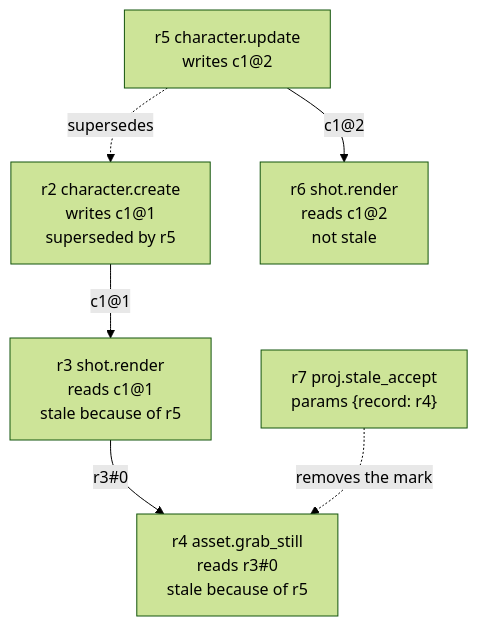
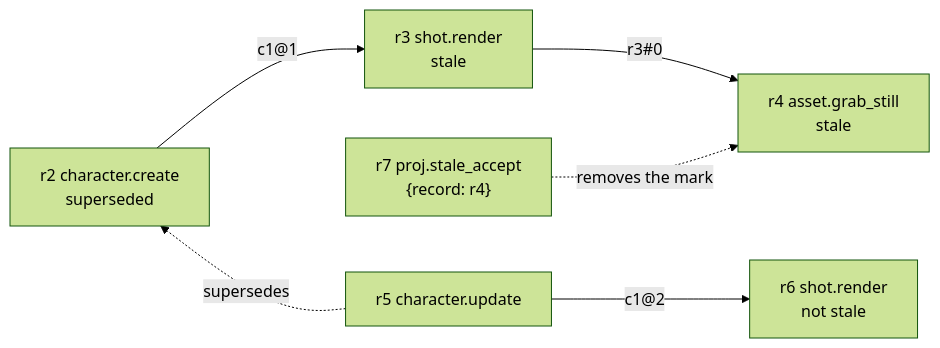
The third of 3 diagrams in docs/dreamverse/subsystems/project.md (fastvideo-project/dreamverse-harness), drawn with Mermaid (forest theme) before and after one commit. The commit also changed other lines of this file and 20 other files, not shown here.

````diff
--- a/docs/dreamverse/subsystems/project.md
+++ b/docs/dreamverse/subsystems/project.md
@@ -282,14 +275,15 @@
 ```mermaid
-flowchart TB
-    r2["r2 character.create<br/>writes c1@1<br/>superseded by r5"]
-    r3["r3 shot.render<br/>reads c1@1<br/>stale because of r5"]
-    r4["r4 asset.grab_still<br/>reads r3#0<br/>stale because of r5"]
-    r5["r5 character.update<br/>writes c1@2"]
-    r6["r6 shot.render<br/>reads c1@2<br/>not stale"]
-    r7["r7 proj.stale_accept<br/>params {record: r4}"]
+flowchart LR
+    r2["r2 character.create<br/>superseded"]
+    r3["r3 shot.render<br/>stale"]
+    r4["r4 asset.grab_still<br/>stale"]
+    r5["r5 character.update"]
+    r6["r6 shot.render<br/>not stale"]
+    r7["r7 proj.stale_accept<br/>{record: r4}"]
     r2 -- "c1@1" --> r3
     r3 -- "r3#0" --> r4
     r5 -- "c1@2" --> r6
+    r2 ~~~ r5
     r5 -. "supersedes" .-> r2
     r7 -. "removes the mark" .-> r4
 ```
````
